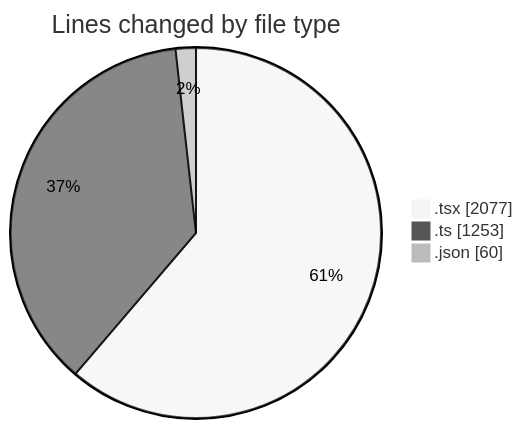
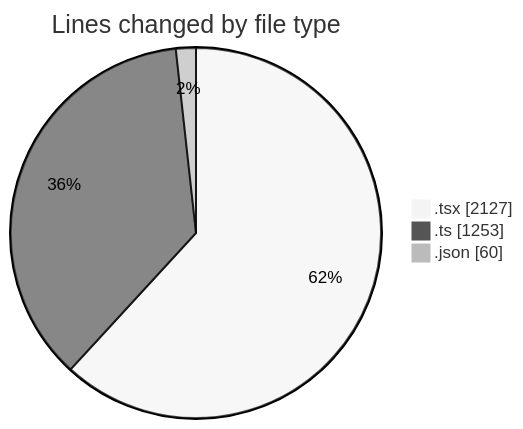
One commit to nxtqubesakshisongat/code-tracking changed the first of 2 diagrams in 2026-04-20/airfeed-analytics-dashboard/README.md. Above: the diagram before and after it, drawn with Mermaid (neutral theme). The commit also changed other lines of this file and 1 other file, not shown here.

````diff
--- a/2026-04-20/airfeed-analytics-dashboard/README.md
+++ b/2026-04-20/airfeed-analytics-dashboard/README.md
@@ -34,7 +35,7 @@
 ```mermaid
 pie showData
 title Lines changed by file type
-".tsx" : 2077
+".tsx" : 2127
 ".ts" : 1253
 ".json" : 60
 ```
````
